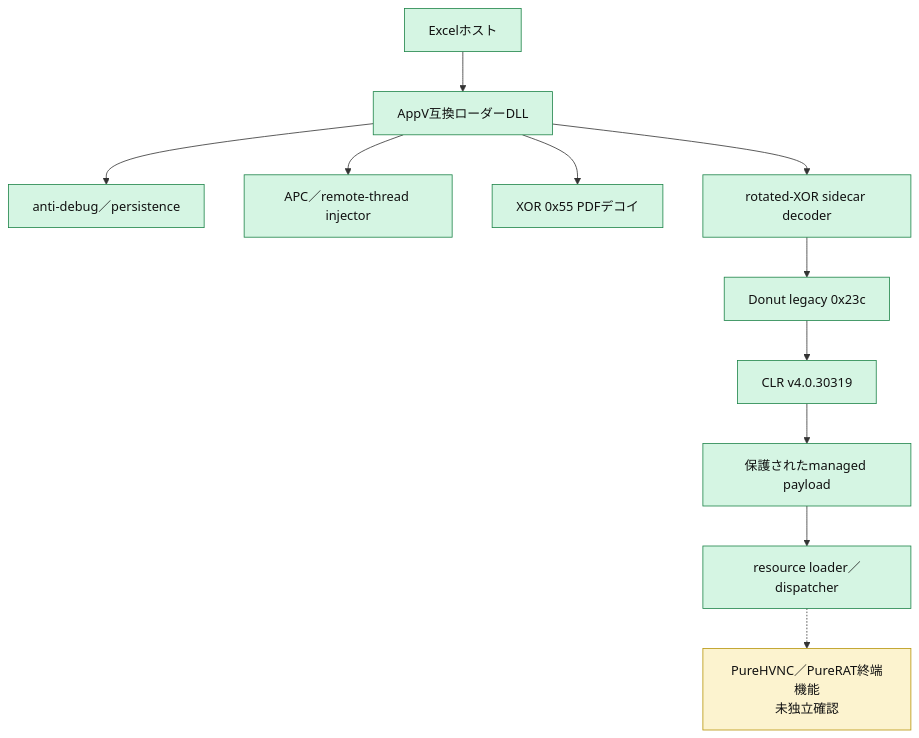
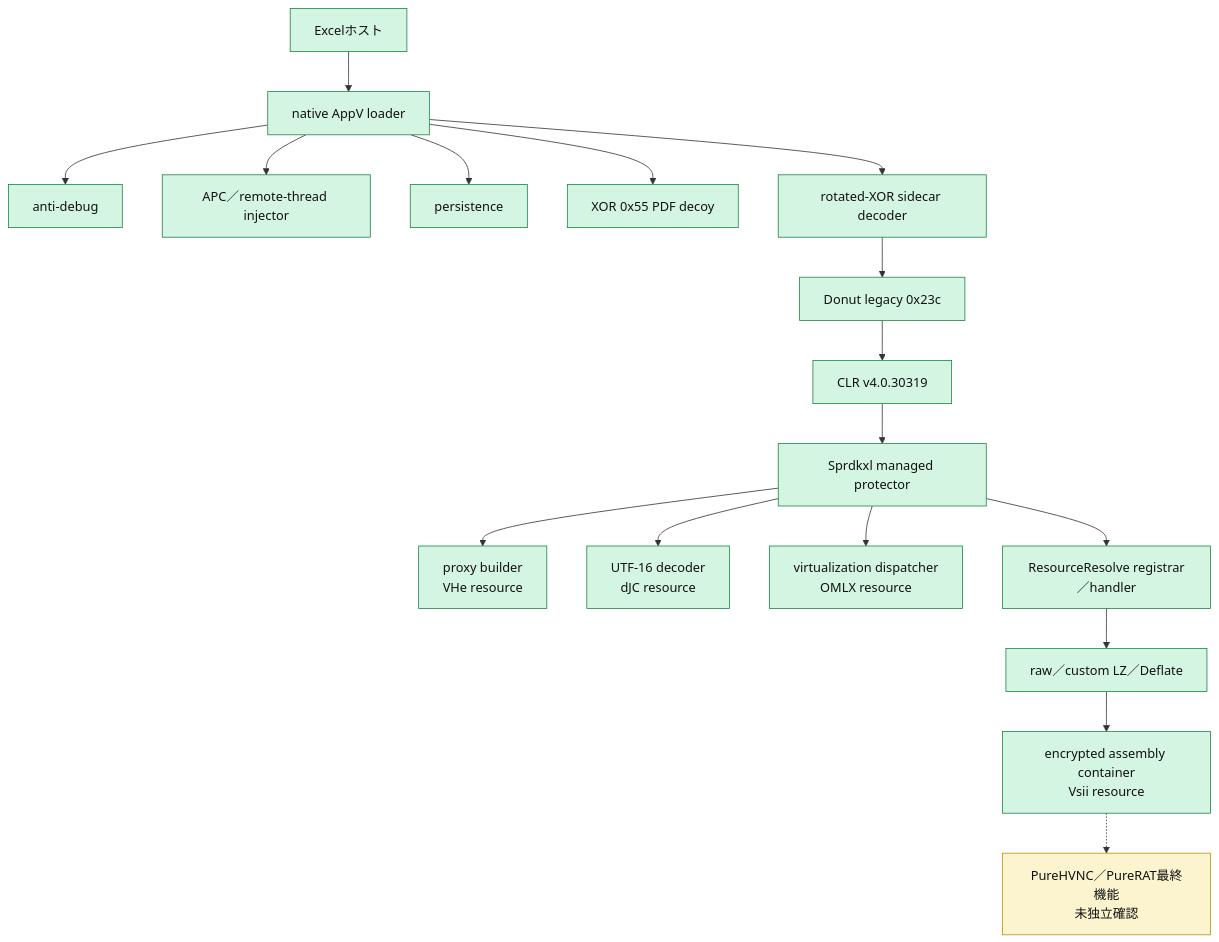
One commit to proshiba/AI-security-analysis changed the third of 3 diagrams in analysis-results/malware/purehvnc/versions/unknown/cases/a4a0b87c94132e0433ae48e2151f31e8cdb02113cd0f3aa81a903adc854a64d9/OVERALL-LOGIC.md. Above: the diagram before and after it, drawn with Mermaid. The commit also changed other lines of this file and 1823 other files, not shown here.

````diff
--- a/analysis-results/malware/purehvnc/versions/unknown/cases/a4a0b87c94132e0433ae48e2151f31e8cdb02113cd0f3aa81a903adc854a64d9/OVERALL-LOGIC.md
+++ b/analysis-results/malware/purehvnc/versions/unknown/cases/a4a0b87c94132e0433ae48e2151f31e8cdb02113cd0f3aa81a903adc854a64d9/OVERALL-LOGIC.md
@@ -45,17 +50,23 @@
 ```mermaid
 flowchart TB
-    H["Excelホスト"] --> P["AppV互換ローダーDLL"]
-    P --> A["anti-debug／persistence"]
-    P --> I["APC／remote-thread injector"]
-    P --> R["XOR 0x55 PDFデコイ"]
-    P --> S["rotated-XOR sidecar decoder"]
+    H["Excelホスト"] --> N["native AppV loader"]
+    N --> A["anti-debug"]
+    N --> I["APC／remote-thread injector"]
+    N --> P["persistence"]
+    N --> R["XOR 0x55 PDF decoy"]
+    N --> S["rotated-XOR sidecar decoder"]
     S --> D["Donut legacy 0x23c"]
     D --> C["CLR v4.0.30319"]
-    C --> M["保護されたmanaged payload"]
-    M --> U["resource loader／dispatcher"]
-    U -.-> F["PureHVNC／PureRAT終端機能<br/>未独立確認"]
+    C --> M["Sprdkxl managed protector"]
+    M --> PX["proxy builder<br/>VHe resource"]
+    M --> ST["UTF-16 decoder<br/>dJC resource"]
+    M --> VM["virtualization dispatcher<br/>OMLX resource"]
+    M --> RR["ResourceResolve registrar／handler"]
+    RR --> UN["raw／custom LZ／Deflate"]
+    UN --> EA["encrypted assembly container<br/>Vsii resource"]
+    EA -.-> F["PureHVNC／PureRAT最終機能<br/>未独立確認"]
     classDef confirmed fill:#d5f5e3,stroke:#1e8449,color:#111;
     classDef unresolved fill:#fcf3cf,stroke:#b7950b,color:#111;
-    class H,P,A,I,R,S,D,C,M,U confirmed;
+    class H,N,A,I,P,R,S,D,C,M,PX,ST,VM,RR,UN,EA confirmed;
     class F unresolved;
 ```
````
